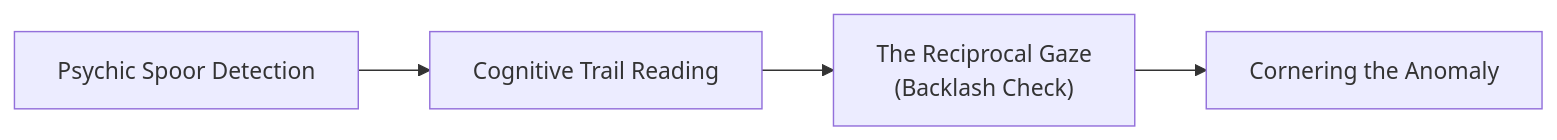
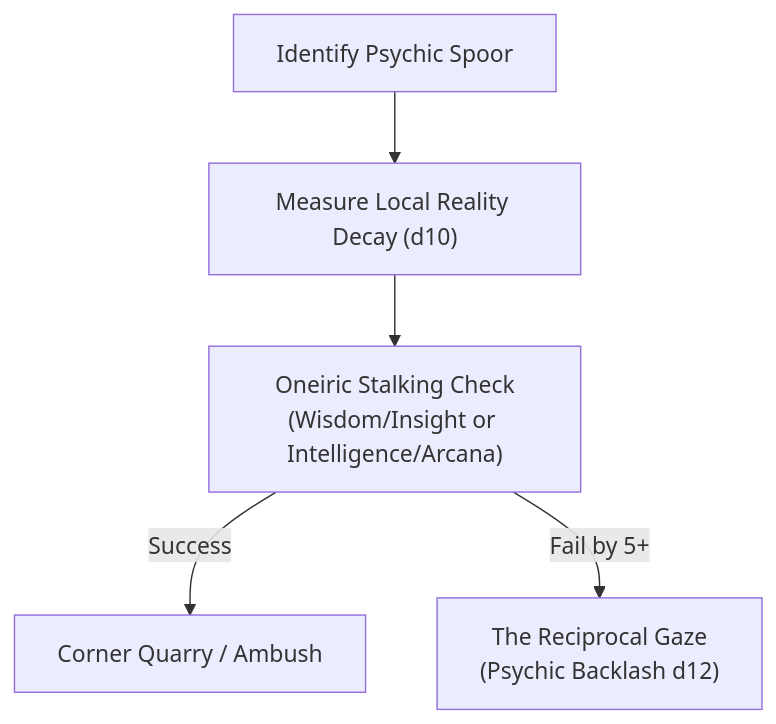
The second of 11 diagrams in src/content/wiki/Custom Rules/The Eldritch Horror Hunting & Sanity-Harvesting Ruleset.md (TheBigWazowkski1997/The-Shattered-Loom-Online-Wiki), drawn with Mermaid before and after one commit. The commit also changed other lines of this file and 19 other files, not shown here.

````diff
--- a/src/content/wiki/Custom Rules/The Eldritch Horror Hunting & Sanity-Harvesting Ruleset.md
+++ b/src/content/wiki/Custom Rules/The Eldritch Horror Hunting & Sanity-Harvesting Ruleset.md
@@ -39,6 +56,7 @@
 ```mermaid
-graph LR
-    A["Psychic Spoor Detection"] --> B["Cognitive Trail Reading"]
-    B --> C["The Reciprocal Gaze<br/>(Backlash Check)"]
-    C --> D["Cornering the Anomaly"]
+graph TD
+    A["Identify Psychic Spoor"] --> B["Measure Local Reality Decay (d10)"]
+    B --> C["Oneiric Stalking Check<br/>(Wisdom/Insight or Intelligence/Arcana)"]
+    C -- "Success" --> D["Corner Quarry / Ambush"]
+    C -- "Fail by 5+" --> E["The Reciprocal Gaze<br/>(Psychic Backlash d12)"]
 ```
````
